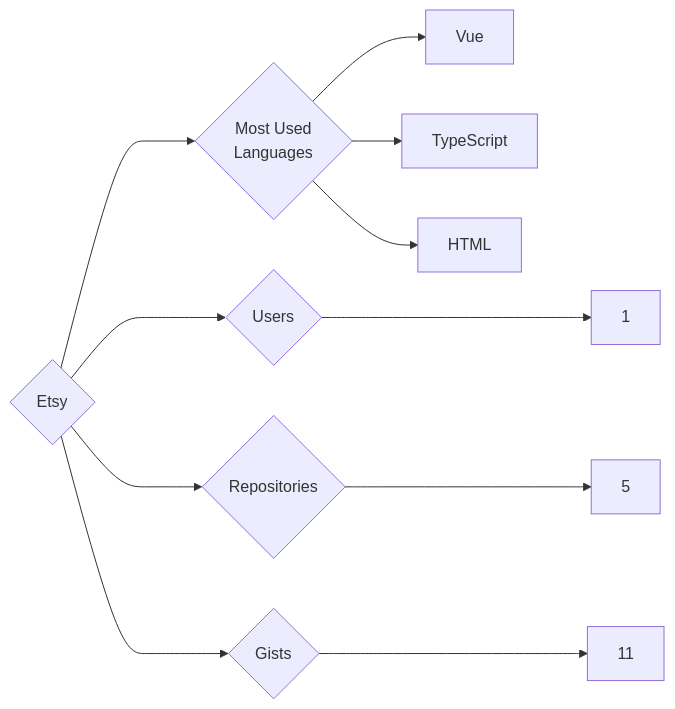
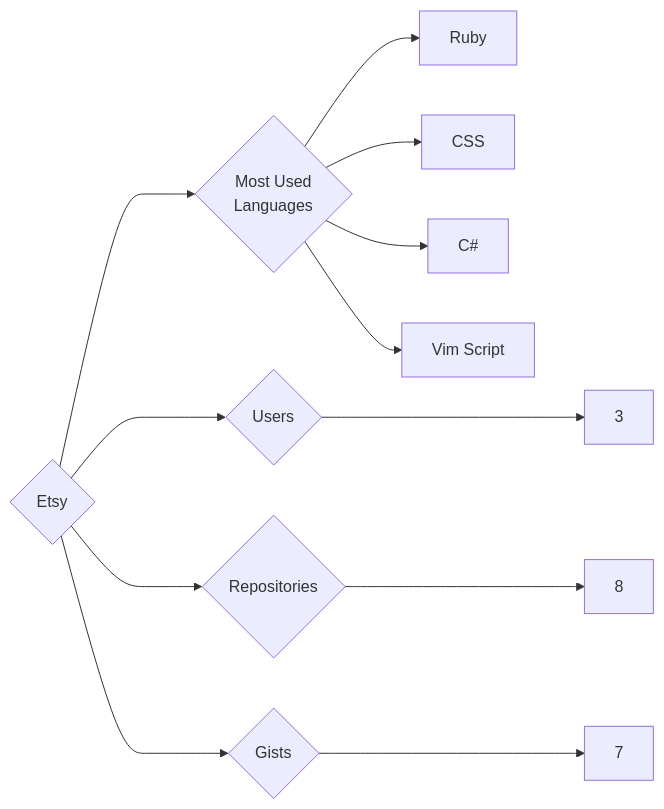
Before and after one commit to trickest/insiders: the diagram in targets/Etsy/README.md, drawn with Mermaid. The commit also changed 1003 other files, not shown here.

````diff
--- a/targets/Etsy/README.md
+++ b/targets/Etsy/README.md
@@ -3,11 +3,12 @@
 ```mermaid
 graph LR
 COMPANY_NAME{Etsy}
-COMPANY_NAME ---> U{Users} ---> UN[1]
-COMPANY_NAME ---> R{Repositories} ---> RN[5]
-COMPANY_NAME ---> G{Gists} ---> GN[11]
+COMPANY_NAME ---> U{Users} ---> UN[3]
+COMPANY_NAME ---> R{Repositories} ---> RN[8]
+COMPANY_NAME ---> G{Gists} ---> GN[7]
 COMPANY_NAME ---> ML{Most Used<br>Languages}
-ML --> Vue[Vue]
-ML --> TypeScript[TypeScript]
-ML --> HTML[HTML]
+ML --> Ruby[Ruby]
+ML --> CSS[CSS]
+ML --> C#[C#]
+ML --> Vim_Script[Vim Script]
 ```
````
